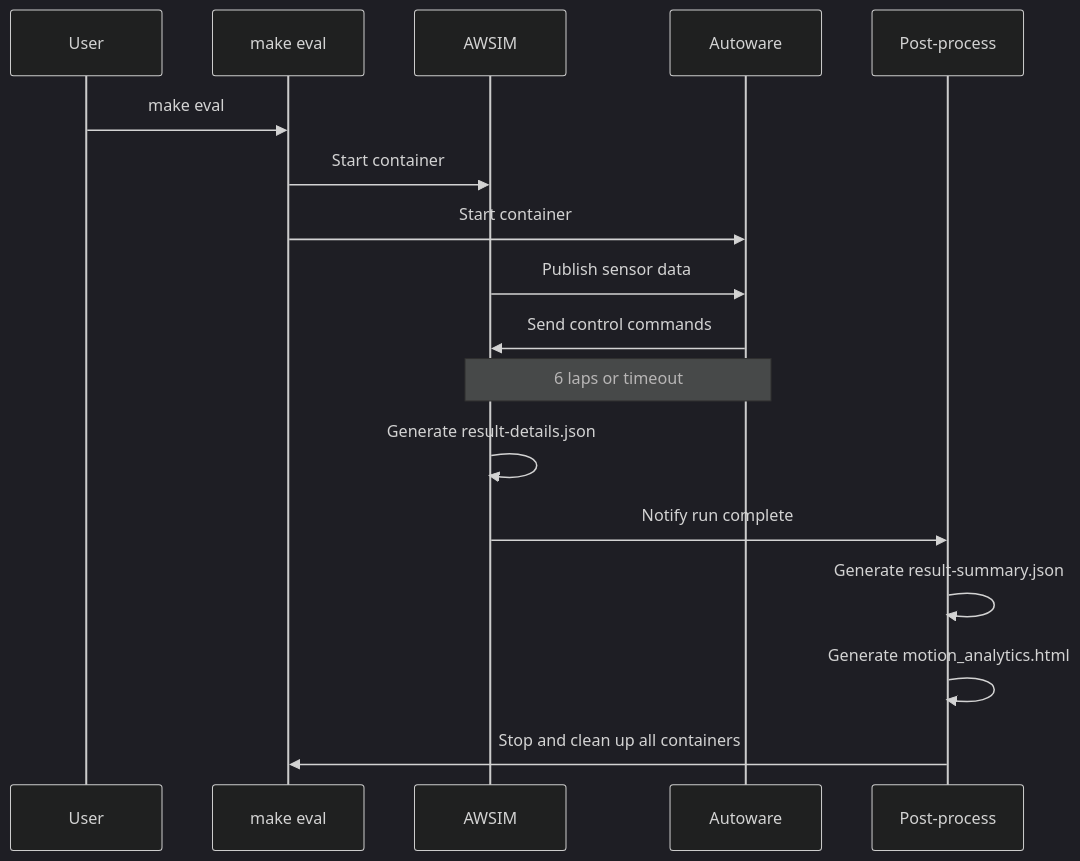
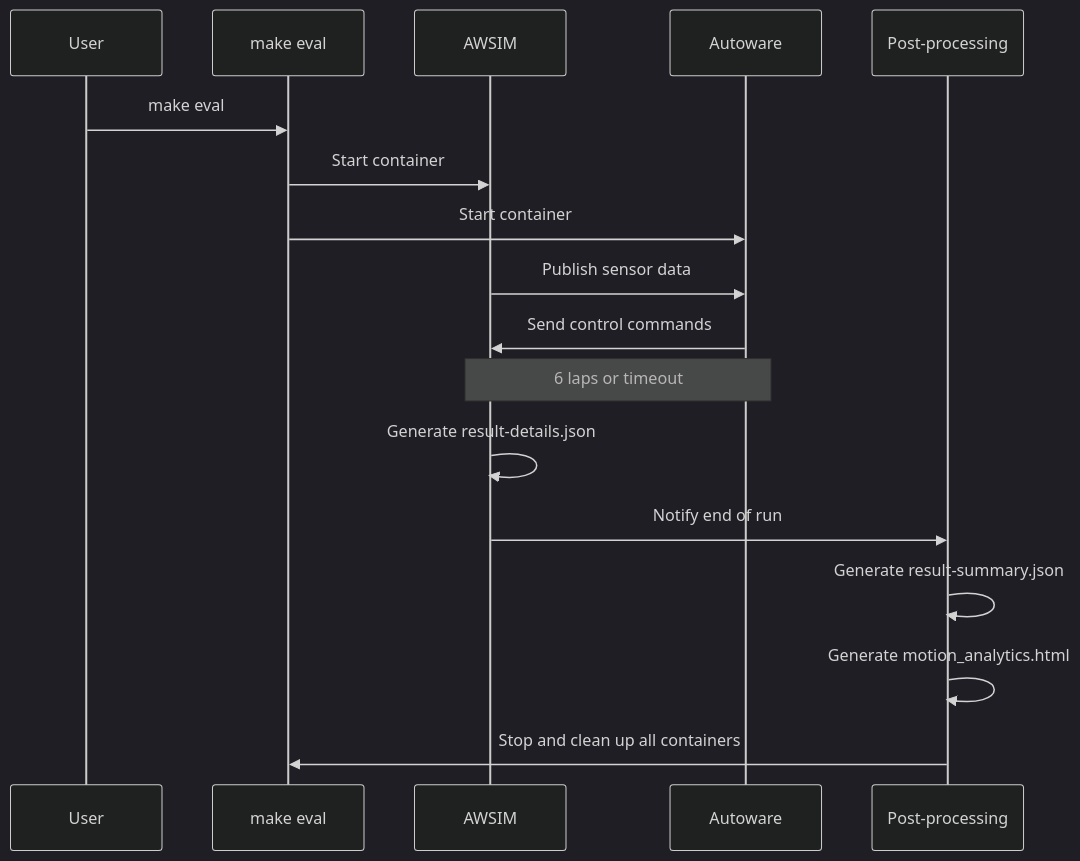
Before and after one commit to AutomotiveAIChallenge/aichallenge-documentation-racingkart: the diagram in docs/development/development-guide.en.md, drawn with Mermaid (dark theme). The commit also changed other lines of this file and 1 other file, not shown here.

Commit message:
EN Command Reference / Development Guide document a deleted script (`run_parallel_submissions.bash`) and a non-existent target (`make simulator-reset`)

````diff
--- a/docs/development/development-guide.en.md
+++ b/docs/development/development-guide.en.md
@@ -133,20 +137,20 @@
 ```mermaid
 sequenceDiagram
     participant User as User
     participant Make as make eval
     participant AWSIM as AWSIM
     participant AW as Autoware
-    participant Post as Post-process
+    participant Post as Post-processing
 
     User->>Make: make eval
     Make->>AWSIM: Start container
     Make->>AW: Start container
     AWSIM->>AW: Publish sensor data
     AW->>AWSIM: Send control commands
     Note over AWSIM,AW: 6 laps or timeout
     AWSIM->>AWSIM: Generate result-details.json
-    AWSIM->>Post: Notify run complete
+    AWSIM->>Post: Notify end of run
     Post->>Post: Generate result-summary.json
     Post->>Post: Generate motion_analytics.html
     Post->>Make: Stop and clean up all containers
 ```
````
